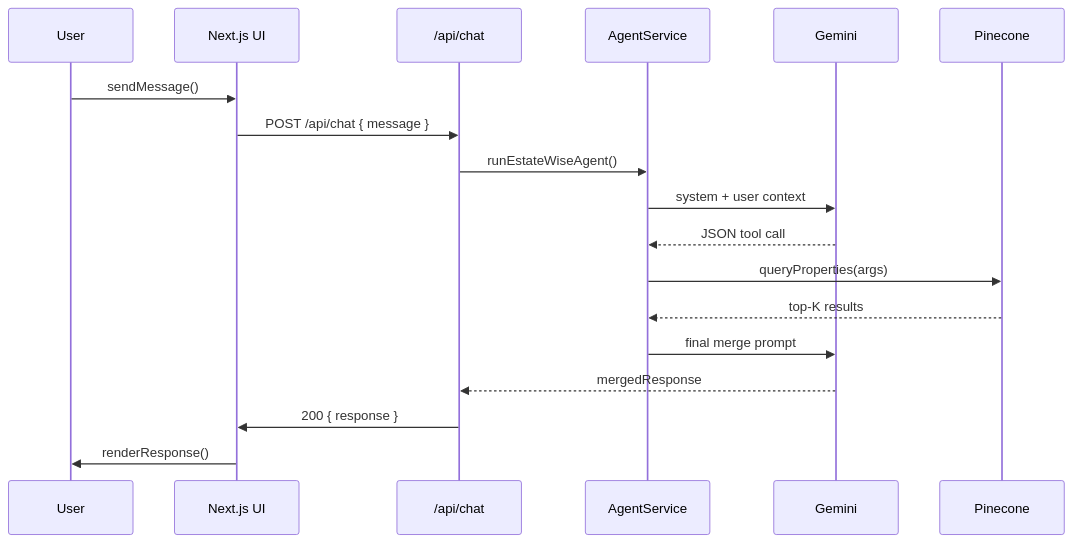
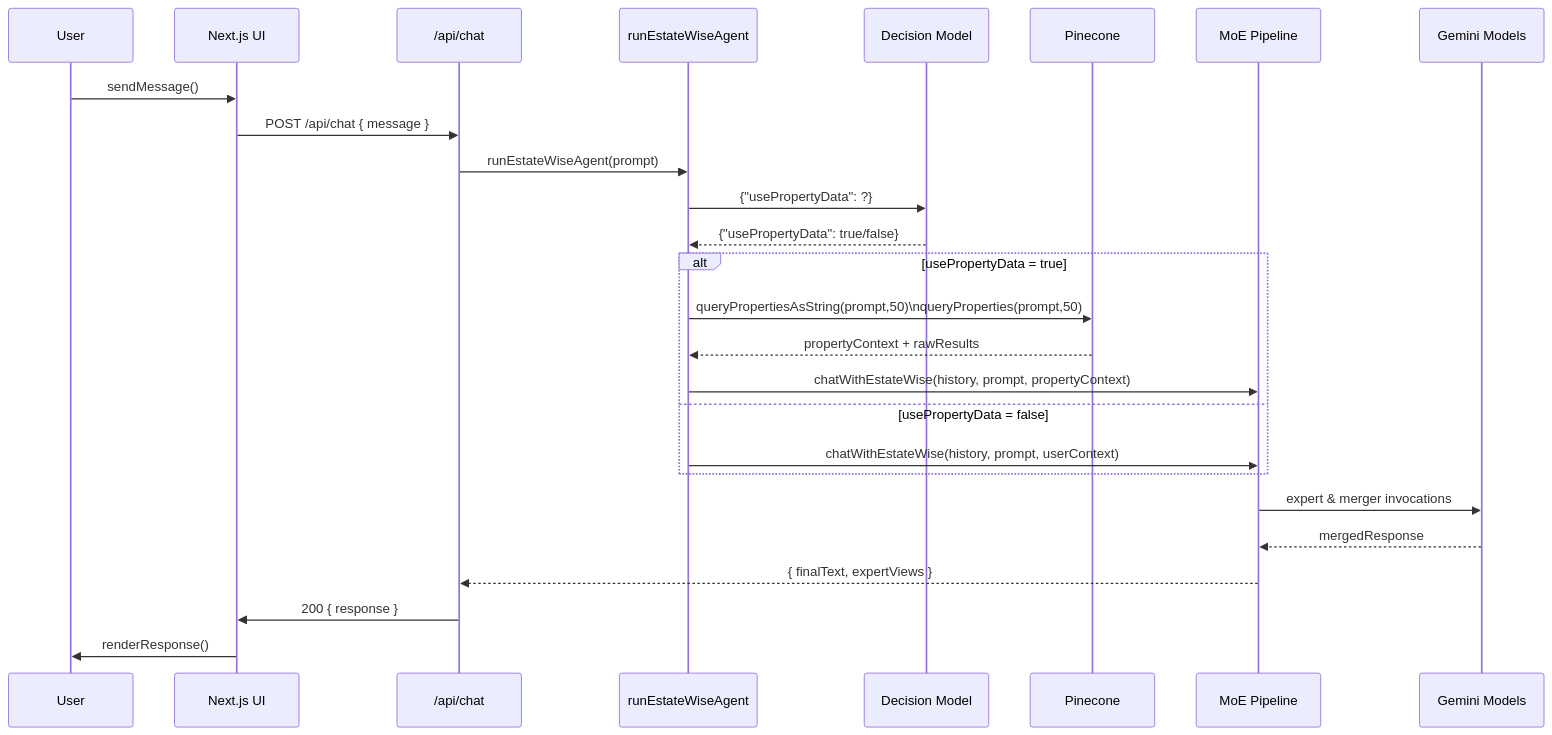
The diagram in TECH_DOCS.md (joonseolee/EstateWise-Chapel-Hill-Chatbot), drawn with Mermaid before and after one commit. The commit also changed other lines of this file and 2 other files, not shown here.

````diff
--- a/TECH_DOCS.md
+++ b/TECH_DOCS.md
@@ -751,21 +763,33 @@
 ```mermaid
 sequenceDiagram
     participant User
     participant UI as Next.js UI
     participant API as /api/chat
-    participant Agent as AgentService
-    participant Gemini
+    participant Agent as runEstateWiseAgent
+    participant DecisionAI as Decision Model
     participant Pinecone
+    participant Experts as MoE Pipeline
+    participant Gemini as Gemini Models
 
     User->>UI: sendMessage()
     UI->>API: POST /api/chat { message }
-    API->>Agent: runEstateWiseAgent()
-    Agent->>Gemini: system + user context
-    Gemini-->>Agent: JSON tool call
-    Agent->>Pinecone: queryProperties(args)
-    Pinecone-->>Agent: top‑K results
-    Agent->>Gemini: final merge prompt
-    Gemini-->>API: mergedResponse
+    API->>Agent: runEstateWiseAgent(prompt)
+
+    Agent->>DecisionAI: {"usePropertyData": ?}
+    DecisionAI-->>Agent: {"usePropertyData": true/false}
+
+    alt usePropertyData = true
+        Agent->>Pinecone: queryPropertiesAsString(prompt,50)\nqueryProperties(prompt,50)
+        Pinecone-->>Agent: propertyContext + rawResults
+        Agent->>Experts: chatWithEstateWise(history, prompt, propertyContext)
+    else usePropertyData = false
+        Agent->>Experts: chatWithEstateWise(history, prompt, userContext)
+    end
+
+    Experts->>Gemini: expert & merger invocations
+    Gemini-->>Experts: mergedResponse
+
+    Experts-->>API: { finalText, expertViews }
     API->>UI: 200 { response }
     UI->>User: renderResponse()
 ```
````
